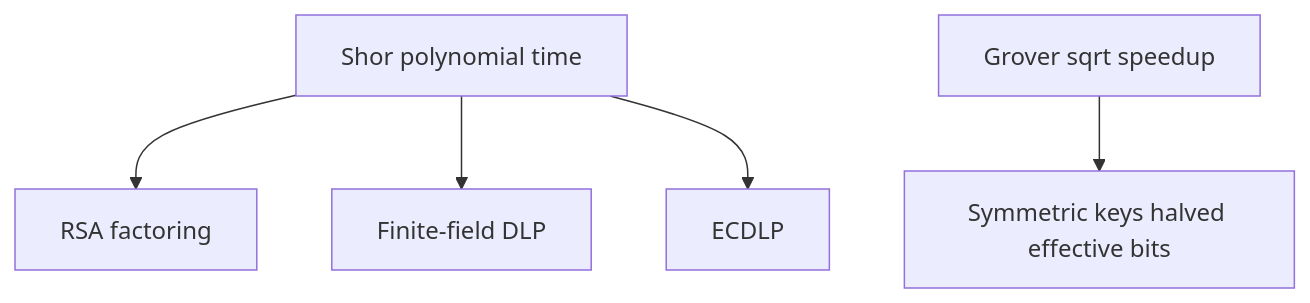
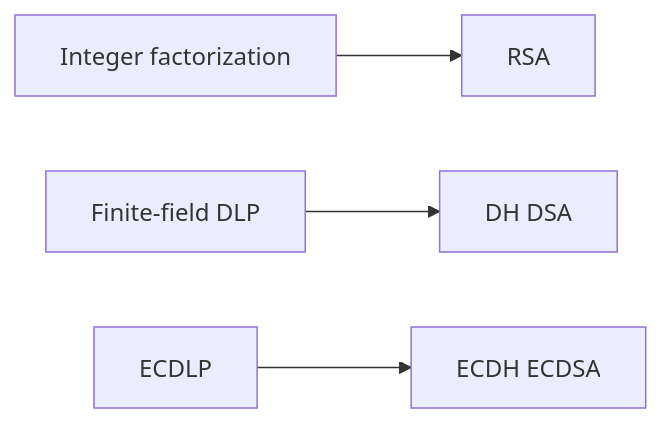
The first of 3 diagrams in manuscript/chapters/03-quantum-attacks.md (kalyogyogi-ui/Ai-check-), drawn with Mermaid before and after one commit. The commit also changed other lines of this file and 31 other files, not shown here.

First line of the commit message:
Fix figure placement: in-section after intro text, repair corrupted headings

````diff
--- a/manuscript/chapters/03-quantum-attacks.md
+++ b/manuscript/chapters/03-quantum-attacks.md
@@ -7,7 +13,6 @@
 ```mermaid
-flowchart TD
-  Shor[Shor polynomial time] --> RSA[RSA factoring]
-  Shor --> DLP[Finite-field DLP]
-  Shor --> ECDLP[ECDLP]
-  Grover[Grover sqrt speedup] --> SYM[Symmetric keys halved effective bits]
+flowchart LR
+  IFP[Integer factorization] --> RSA[RSA]
+  DLP[Finite-field DLP] --> DH[DH DSA]
+  ECDLP[ECDLP] --> ECC[ECDH ECDSA]
 ```
````
